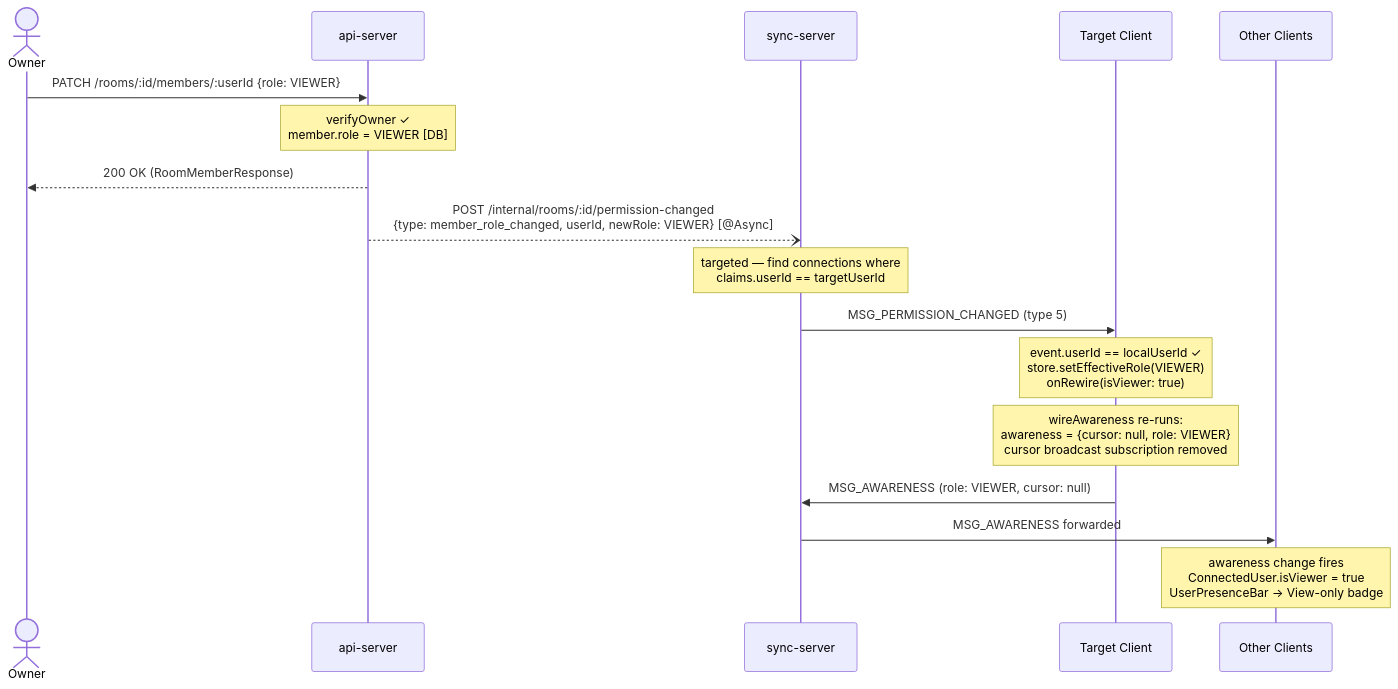
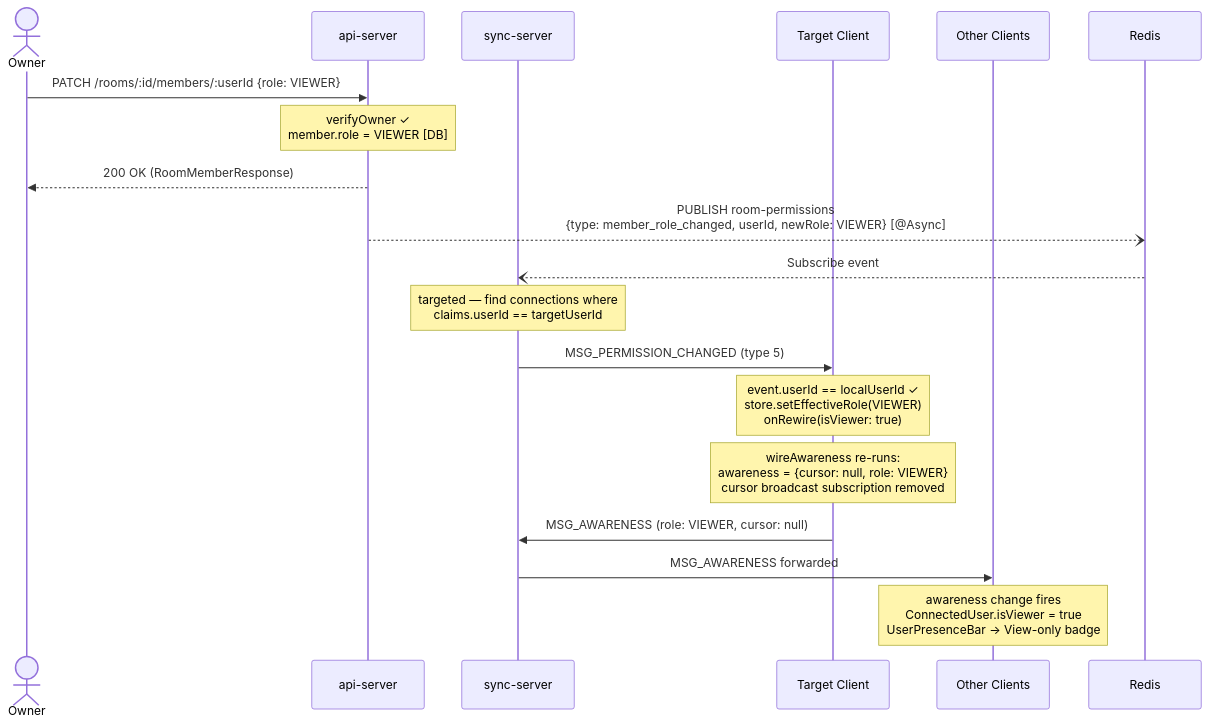
Before and after one commit to sonsonson110/collab-text-editor: the ninth of 11 diagrams in docs/architecture.md, drawn with Mermaid. The commit also changed other lines of this file and 3 other files, not shown here.

````diff
--- a/docs/architecture.md
+++ b/docs/architecture.md
@@ -504,23 +509,24 @@
 ```mermaid
 sequenceDiagram
     actor Owner
     participant api as api-server
     participant sync as sync-server
     participant Target as Target Client
     participant Others as Other Clients
 
     Owner->>api: PATCH /rooms/:id/members/:userId {role: VIEWER}
     Note over api: verifyOwner ✓<br/>member.role = VIEWER [DB]
     api-->>Owner: 200 OK (RoomMemberResponse)
-    api--)sync: POST /internal/rooms/:id/permission-changed<br/>{type: member_role_changed, userId, newRole: VIEWER} [@Async]
+    api--)Redis: PUBLISH room-permissions<br/>{type: member_role_changed, userId, newRole: VIEWER} [@Async]
+    Redis--)sync: Subscribe event
 
     Note over sync: targeted — find connections where<br/>claims.userId == targetUserId
     sync->>Target: MSG_PERMISSION_CHANGED (type 5)
 
     Note over Target: event.userId == localUserId ✓<br/>store.setEffectiveRole(VIEWER)<br/>onRewire(isViewer: true)
     Note over Target: wireAwareness re-runs:<br/>awareness = {cursor: null, role: VIEWER}<br/>cursor broadcast subscription removed
 
     Target->>sync: MSG_AWARENESS (role: VIEWER, cursor: null)
     sync->>Others: MSG_AWARENESS forwarded
     Note over Others: awareness change fires<br/>ConnectedUser.isViewer = true<br/>UserPresenceBar → View-only badge
 ```
````
